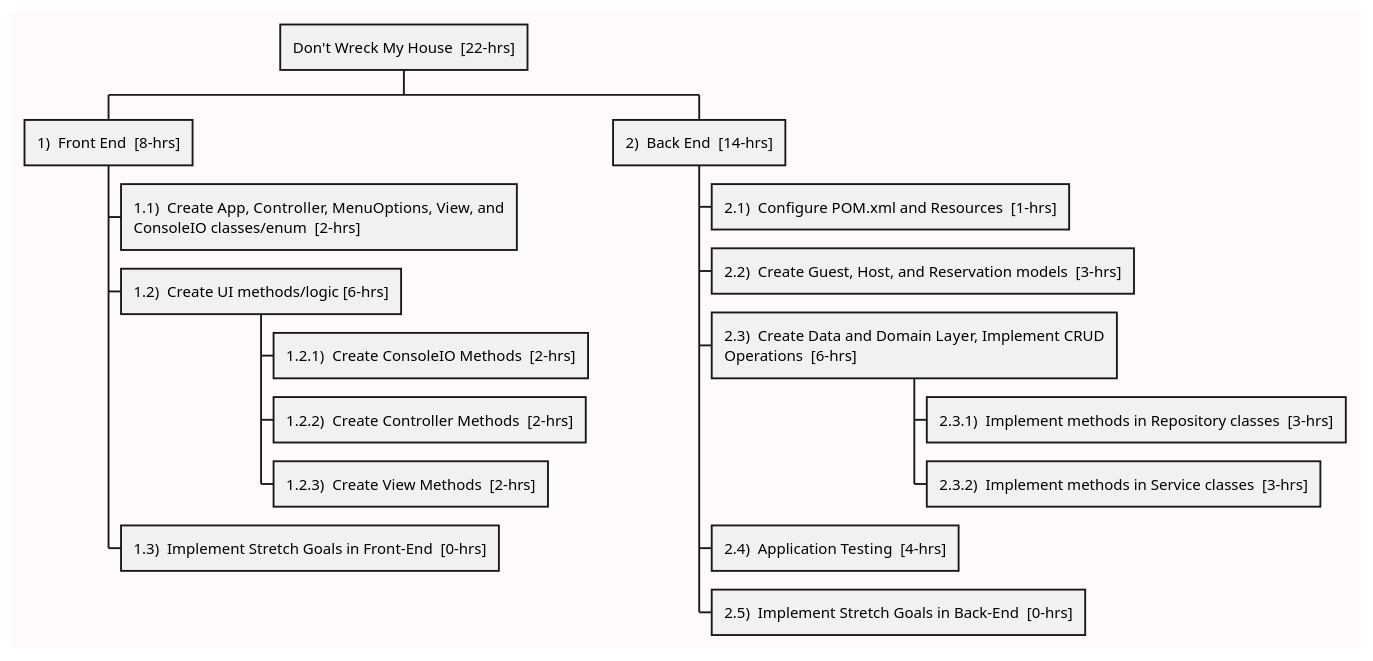
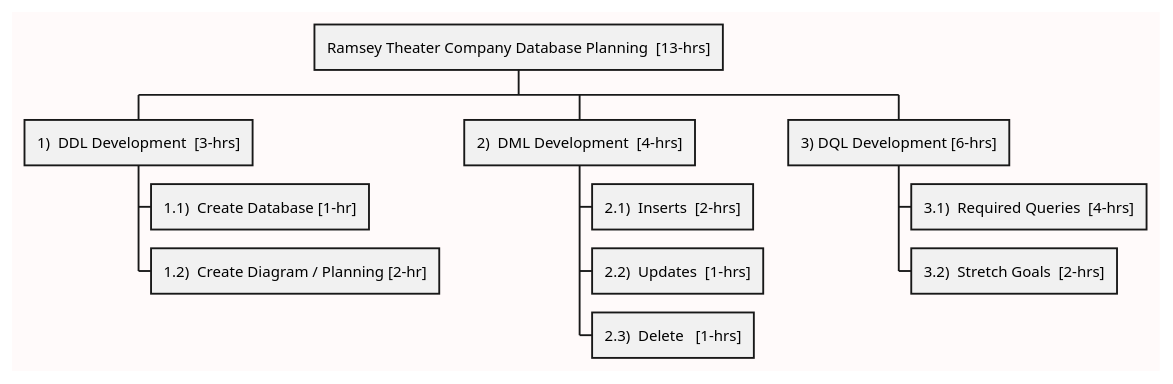
Before and after one commit to Miro-Stojanovic97/mirostoj-exercises-assessments: the second of 3 diagrams in week-06/TinyTheaters/src/README.md, drawn with PlantUML. The commit also changed other lines of this file, not shown here.

````diff
--- a/week-06/TinyTheaters/src/README.md
+++ b/week-06/TinyTheaters/src/README.md
@@ -104,28 +30,23 @@
 ```plantuml
 @startwbs
 skinparam linetype poly
 skinparam backgroundColor snow
 
 <style>
 node {
 MaximumWidth 350
 }
 </style>
-* Don't Wreck My House  [22-hrs]
-** 1)  Front End  [8-hrs]
-*** 1.1)  Create App, Controller, MenuOptions, View, and ConsoleIO classes/enum  [2-hrs]
-*** 1.2)  Create UI methods/logic [6-hrs]
-**** 1.2.1)  Create ConsoleIO Methods  [2-hrs]
-**** 1.2.2)  Create Controller Methods  [2-hrs]
-**** 1.2.3)  Create View Methods  [2-hrs]
-*** 1.3)  Implement Stretch Goals in Front-End  [0-hrs]
-** 2)  Back End  [14-hrs]
-*** 2.1)  Configure POM.xml and Resources  [1-hrs]
-*** 2.2)  Create Guest, Host, and Reservation models  [3-hrs]
-*** 2.3)  Create Data and Domain Layer, Implement CRUD Operations  [6-hrs]
-**** 2.3.1)  Implement methods in Repository classes  [3-hrs]
-**** 2.3.2)  Implement methods in Service classes  [3-hrs]
-*** 2.4)  Application Testing  [4-hrs]
-*** 2.5)  Implement Stretch Goals in Back-End  [0-hrs]
+* Ramsey Theater Company Database Planning  [13-hrs]
+** 1)  DDL Development  [3-hrs]
+*** 1.1)  Create Database [1-hr]
+*** 1.2)  Create Diagram / Planning [2-hr]
+** 2)  DML Development  [4-hrs]
+*** 2.1)  Inserts  [2-hrs]
+*** 2.2)  Updates  [1-hrs]
+*** 2.3)  Delete   [1-hrs]
+** 3) DQL Development [6-hrs]
+*** 3.1)  Required Queries  [4-hrs]
+*** 3.2)  Stretch Goals  [2-hrs]
 @endwbs
 ```
````
